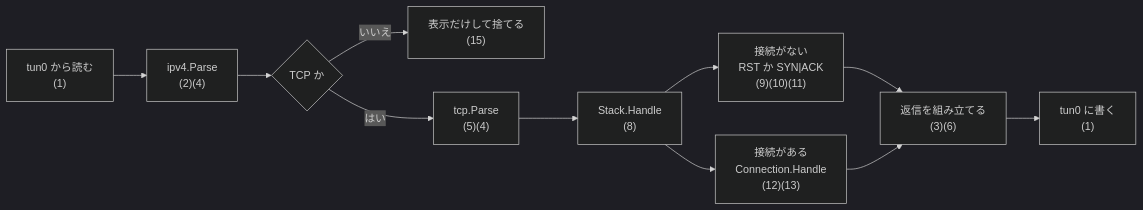
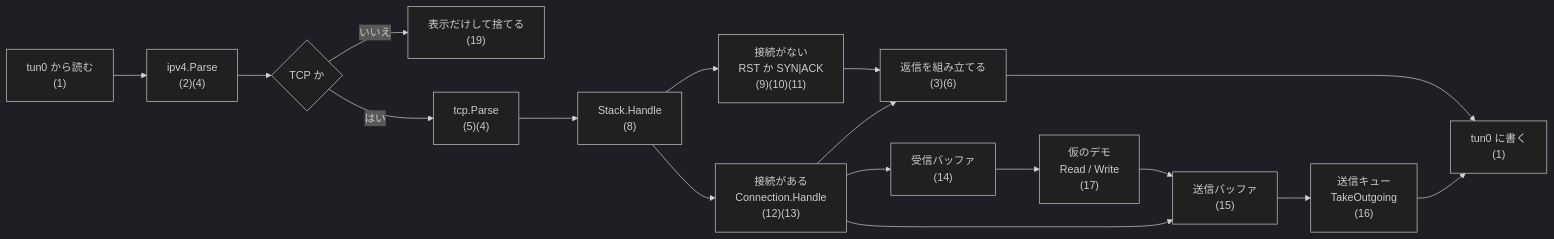
One commit to no2ca/go-tuntcp changed the diagram in docs/design.md. Above: the diagram before and after it, drawn with Mermaid (dark theme). The commit also changed other lines of this file and 8 other files, not shown here.

````diff
--- a/docs/design.md
+++ b/docs/design.md
@@ -16,13 +16,19 @@
 ```mermaid
 flowchart LR
     tun_in["tun0 から読む<br/>(1)"] --> ip["ipv4.Parse<br/>(2)(4)"]
     ip --> istcp{"TCP か"}
-    istcp -- いいえ --> skip["表示だけして捨てる<br/>(15)"]
+    istcp -- いいえ --> skip["表示だけして捨てる<br/>(19)"]
     istcp -- はい --> tcp["tcp.Parse<br/>(5)(4)"]
     tcp --> stack["Stack.Handle<br/>(8)"]
     stack --> noconn["接続がない<br/>RST か SYN|ACK<br/>(9)(10)(11)"]
     stack --> conn["接続がある<br/>Connection.Handle<br/>(12)(13)"]
     noconn --> build["返信を組み立てる<br/>(3)(6)"]
     conn --> build
+    conn --> rcvbuf["受信バッファ<br/>(14)"]
+    rcvbuf --> demo["仮のデモ<br/>Read / Write<br/>(17)"]
+    demo --> sndbuf["送信バッファ<br/>(15)"]
+    conn --> sndbuf
+    sndbuf --> queue["送信キュー<br/>TakeOutgoing<br/>(16)"]
     build --> tun_out["tun0 に書く<br/>(1)"]
+    queue --> tun_out
 ```
````
